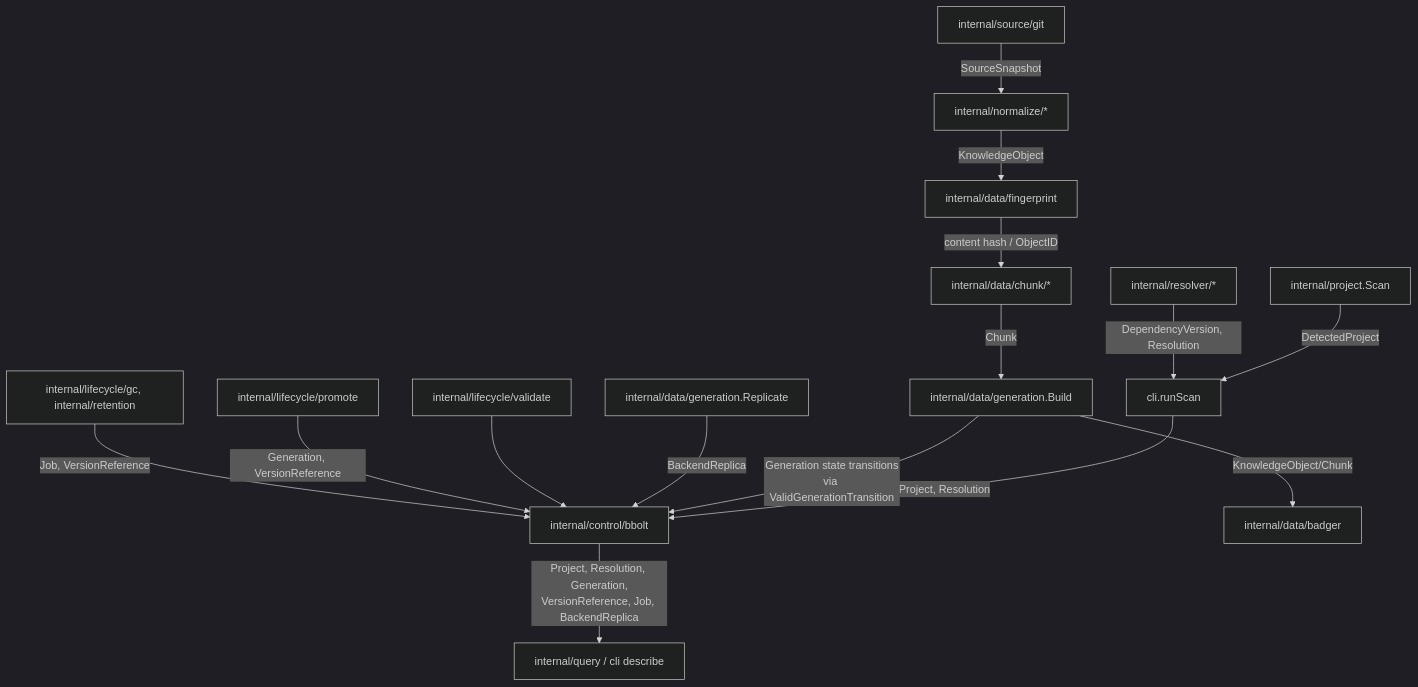
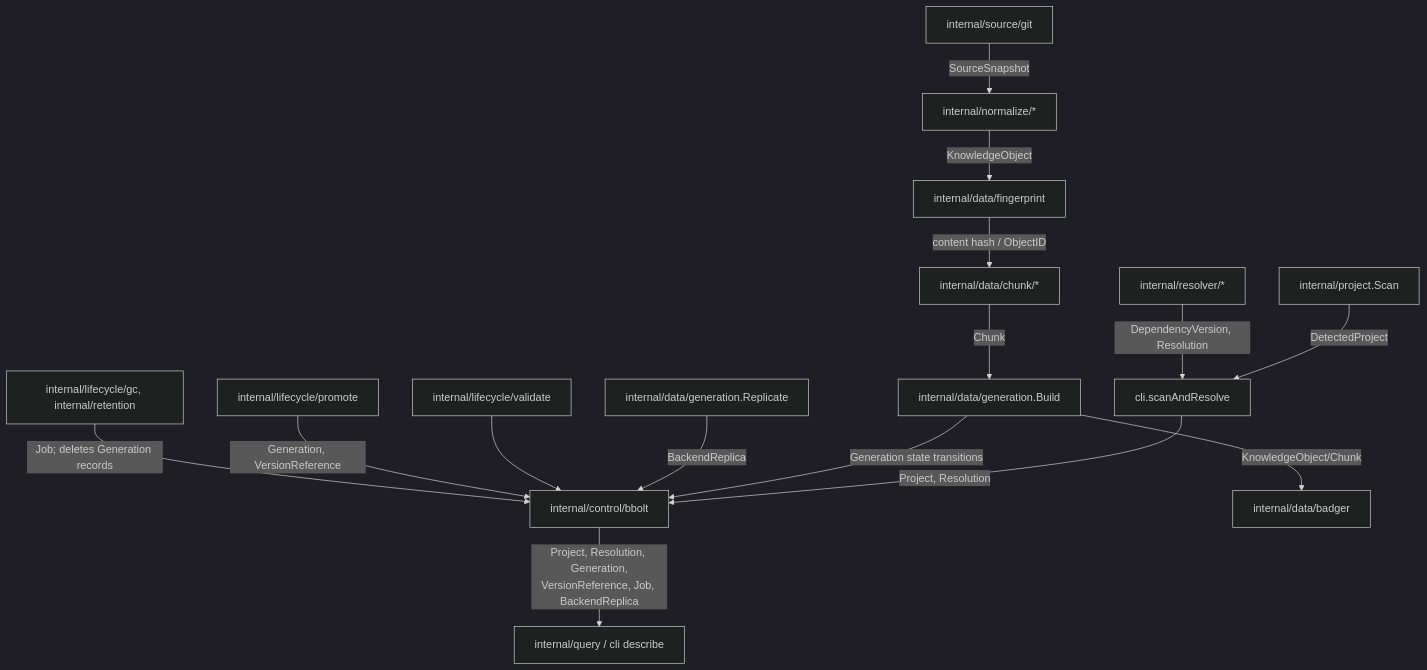
One commit to aleutian-ai/depctl changed the diagram in docs/internal/domain.md. Above: the diagram before and after it, drawn with Mermaid (dark theme). The commit also changed other lines of this file and 114 other files, not shown here.

Commit message:
v0.3.1: per-generation layout shrinks keyword.db ~4x and vectors.db ~2.5x (auto-converted); scope latest/all-retained search to the active build; docs pass at package, project and repo level

````diff
--- a/docs/internal/domain.md
+++ b/docs/internal/domain.md
@@ -29,21 +29,21 @@
 ```mermaid
 flowchart TD
-    Scanner["internal/project.Scan"] -->|DetectedProject| CLIScan["cli.runScan"]
+    Scanner["internal/project.Scan"] -->|DetectedProject| CLIScan["cli.scanAndResolve"]
     Resolver["internal/resolver/*"] -->|DependencyVersion, Resolution| CLIScan
     CLIScan -->|Project, Resolution| Bbolt["internal/control/bbolt"]
 
     Git["internal/source/git"] -->|SourceSnapshot| Normalize["internal/normalize/*"]
     Normalize -->|KnowledgeObject| Fingerprint["internal/data/fingerprint"]
     Fingerprint -->|content hash / ObjectID| Chunker["internal/data/chunk/*"]
     Chunker -->|Chunk| GenBuild["internal/data/generation.Build"]
 
-    GenBuild -->|Generation state transitions\nvia ValidGenerationTransition| Bbolt
+    GenBuild -->|Generation state transitions| Bbolt
     GenBuild -->|KnowledgeObject/Chunk| Badger["internal/data/badger"]
 
     Replicate["internal/data/generation.Replicate"] -->|BackendReplica| Bbolt
     Validate["internal/lifecycle/validate"] --> Bbolt
     Promote["internal/lifecycle/promote"] -->|Generation, VersionReference| Bbolt
-    GC["internal/lifecycle/gc, internal/retention"] -->|Job, VersionReference| Bbolt
+    GC["internal/lifecycle/gc, internal/retention"] -->|Job; deletes Generation records| Bbolt
 
     Bbolt -->|Project, Resolution, Generation,\nVersionReference, Job, BackendReplica| Query["internal/query / cli describe"]
 ```
````
